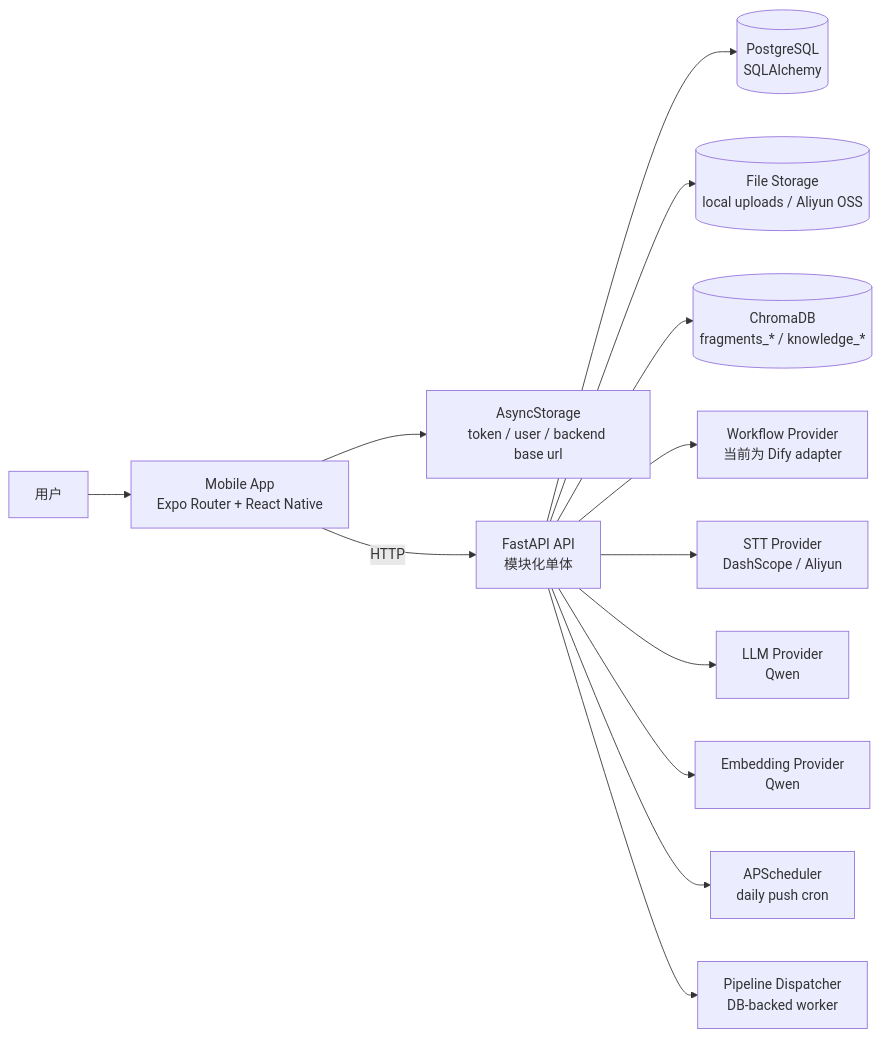
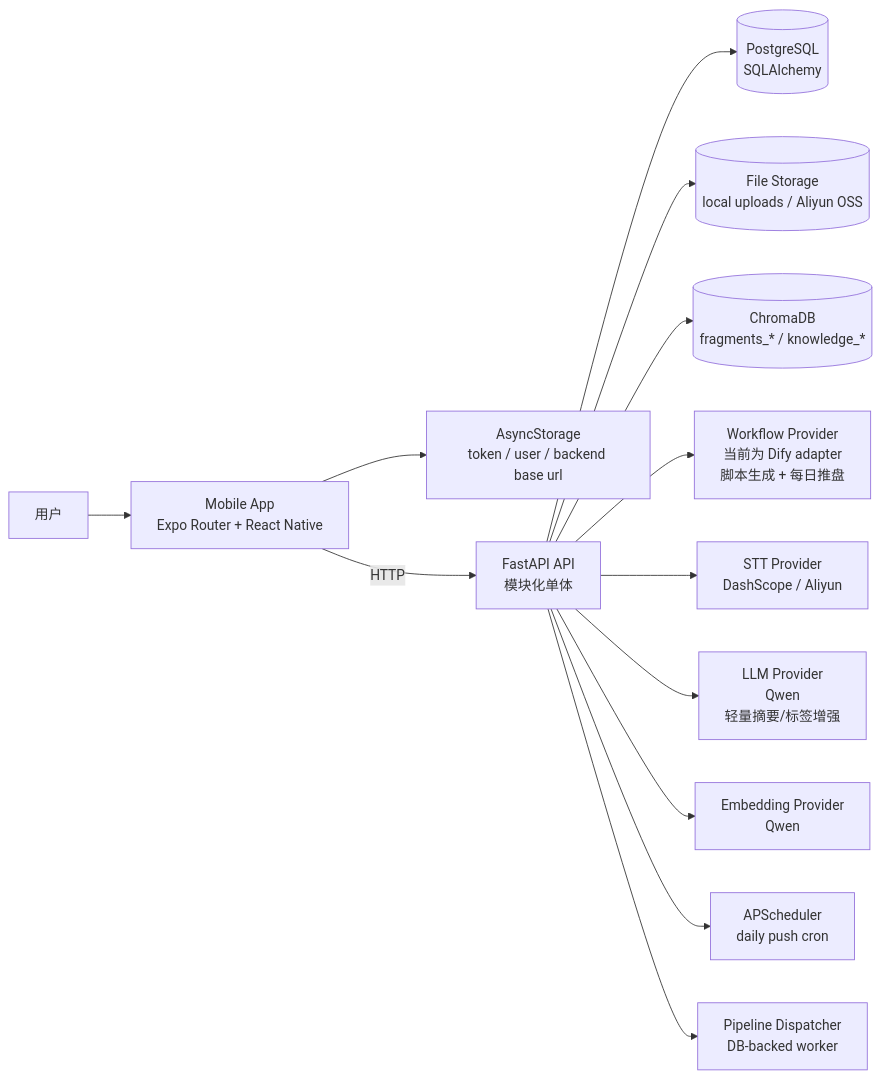
One commit to YCZA2/SparkFlow changed the first of 9 diagrams in memory-bank/architecture.md. Above: the diagram before and after it, drawn with Mermaid. The commit also changed other lines of this file and 20 other files, not shown here.

````diff
--- a/memory-bank/architecture.md
+++ b/memory-bank/architecture.md
@@ -9,29 +9,29 @@
 ```mermaid
 flowchart LR
     U["用户"]
     M["Mobile App<br/>Expo Router + React Native"]
     S["AsyncStorage<br/>token / user / backend base url"]
     API["FastAPI API<br/>模块化单体"]
     DB[("PostgreSQL<br/>SQLAlchemy")]
     FS[("File Storage<br/>local uploads / Aliyun OSS")]
     CHROMA[("ChromaDB<br/>fragments_* / knowledge_*")]
-    WFP["Workflow Provider<br/>当前为 Dify adapter"]
+    WFP["Workflow Provider<br/>当前为 Dify adapter<br/>脚本生成 + 每日推盘"]
     STT["STT Provider<br/>DashScope / Aliyun"]
-    LLM["LLM Provider<br/>Qwen"]
+    LLM["LLM Provider<br/>Qwen<br/>轻量摘要/标签增强"]
     EMB["Embedding Provider<br/>Qwen"]
     SCH["APScheduler<br/>daily push cron"]
     PIPE["Pipeline Dispatcher<br/>DB-backed worker"]
 
     U --> M
     M --> S
     M -->|HTTP| API
     API --> DB
     API --> FS
     API --> CHROMA
     API --> WFP
     API --> STT
     API --> LLM
     API --> EMB
     API --> SCH
     API --> PIPE
 ```
````
